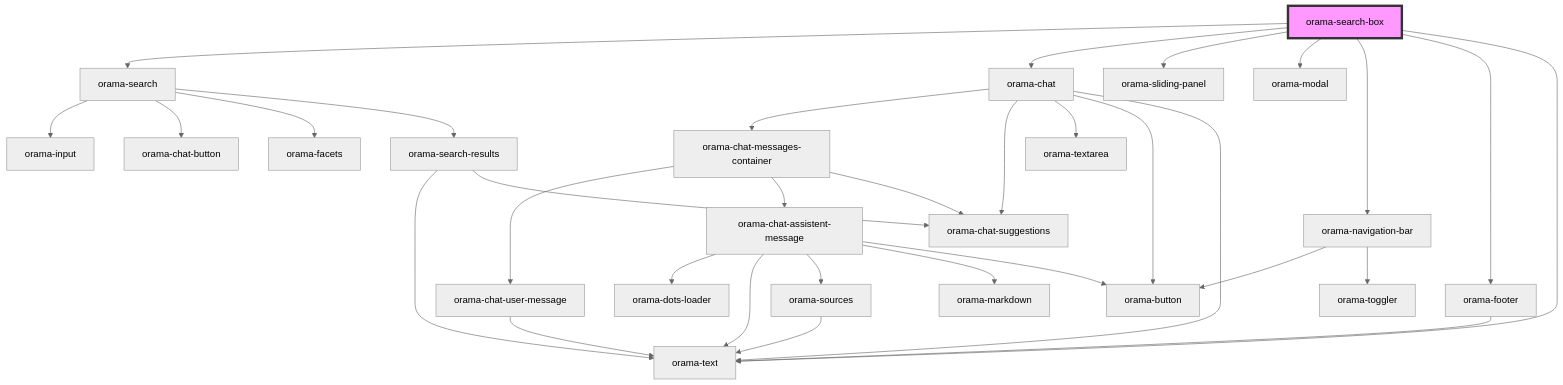
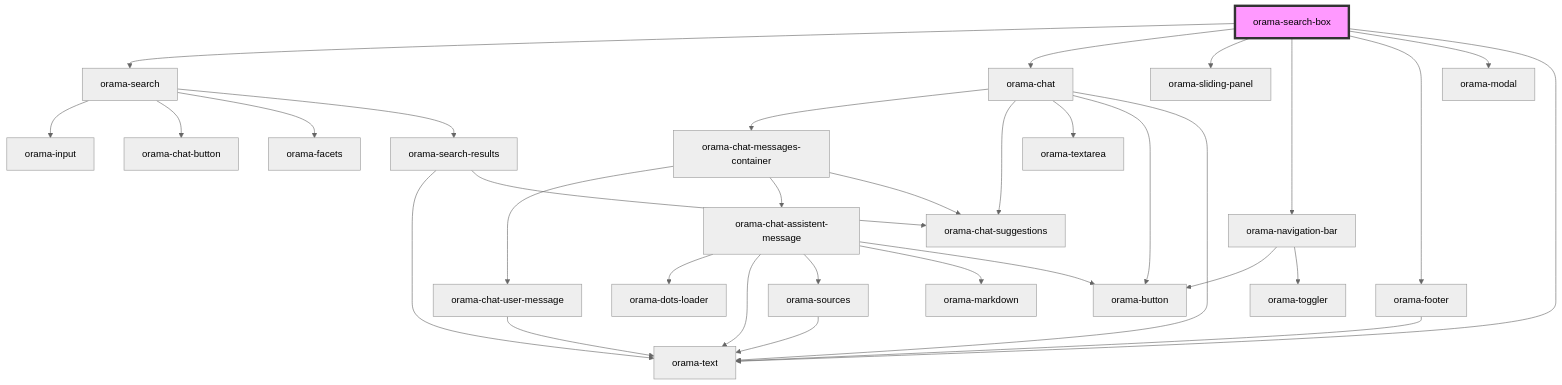
Before and after one commit to askorama/orama-ui-components: the diagram in packages/ui-stencil/src/components/orama-search-box/readme.md, drawn with Mermaid (neutral theme). The commit also changed other lines of this file and 12 other files, not shown here.

````diff
--- a/packages/ui-stencil/src/components/orama-search-box/readme.md
+++ b/packages/ui-stencil/src/components/orama-search-box/readme.md
@@ -46,35 +48,35 @@
 ```mermaid
 graph TD;
   orama-search-box --> orama-search
   orama-search-box --> orama-chat
   orama-search-box --> orama-sliding-panel
-  orama-search-box --> orama-modal
   orama-search-box --> orama-navigation-bar
   orama-search-box --> orama-footer
+  orama-search-box --> orama-modal
   orama-search-box --> orama-text
   orama-search --> orama-input
   orama-search --> orama-chat-button
   orama-search --> orama-facets
   orama-search --> orama-search-results
   orama-search-results --> orama-text
   orama-search-results --> orama-chat-suggestions
   orama-chat --> orama-chat-messages-container
   orama-chat --> orama-chat-suggestions
   orama-chat --> orama-textarea
   orama-chat --> orama-button
   orama-chat --> orama-text
   orama-chat-messages-container --> orama-chat-user-message
   orama-chat-messages-container --> orama-chat-assistent-message
   orama-chat-messages-container --> orama-chat-suggestions
   orama-chat-user-message --> orama-text
   orama-chat-assistent-message --> orama-dots-loader
   orama-chat-assistent-message --> orama-text
   orama-chat-assistent-message --> orama-sources
   orama-chat-assistent-message --> orama-markdown
   orama-chat-assistent-message --> orama-button
   orama-sources --> orama-text
   orama-navigation-bar --> orama-button
   orama-navigation-bar --> orama-toggler
   orama-footer --> orama-text
   style orama-search-box fill:#f9f,stroke:#333,stroke-width:4px
 ```
````
